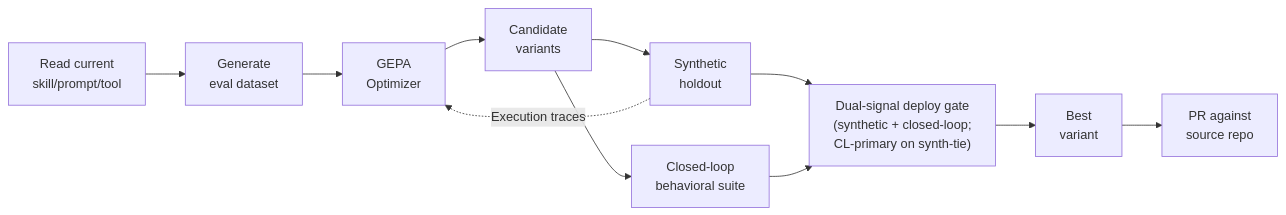
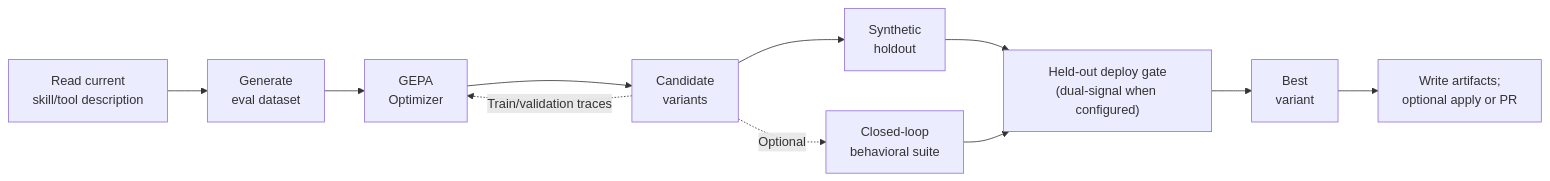
One commit to azalith-9/agent-self-evolution changed the diagram in README.md. Above: the diagram before and after it, drawn with Mermaid. The commit also changed other lines of this file, not shown here.

````diff
--- a/README.md
+++ b/README.md
@@ -13,13 +13,13 @@
 ```mermaid
 flowchart LR
-    A[Read current<br/>skill/prompt/tool] --> B[Generate<br/>eval dataset]
+    A[Read current<br/>skill/tool description] --> B[Generate<br/>eval dataset]
     B --> C[GEPA<br/>Optimizer]
     C --> D[Candidate<br/>variants]
     D --> E1[Synthetic<br/>holdout]
-    D --> E2[Closed-loop<br/>behavioral suite]
-    E1 -. Execution traces .-> C
-    E1 --> F["Dual-signal deploy gate<br/>(synthetic + closed-loop;<br/>CL-primary on synth-tie)"]
+    D -. Optional .-> E2[Closed-loop<br/>behavioral suite]
+    D -. Train/validation traces .-> C
+    E1 --> F["Held-out deploy gate<br/>(dual-signal when configured)"]
     E2 --> F
     F --> G[Best<br/>variant]
-    G --> H[PR against<br/>source repo]
+    G --> H[Write artifacts;<br/>optional apply or PR]
 ```
````
